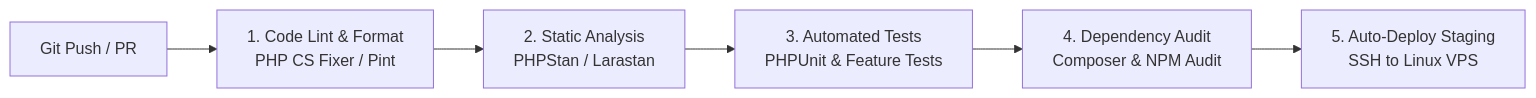
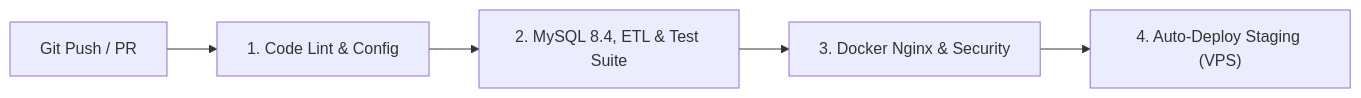
One commit to makmun01/wirausaha-Pantai changed the diagram in docs/deployment/CI_CD_DOCUMENTATION.md. Above: the diagram before and after it, drawn with Mermaid. The commit also changed other lines of this file and 70 other files, not shown here.

Commit message:
feat(rps-w02-w16): complete test suite, API v1, ETL pipeline, Nginx Docker, and Week 16 deliverables

````diff
--- a/docs/deployment/CI_CD_DOCUMENTATION.md
+++ b/docs/deployment/CI_CD_DOCUMENTATION.md
@@ -10,8 +10,7 @@
 ```mermaid
 graph LR
-    PushEvent[Git Push / PR] --> LintStage[1. Code Lint & Format<br>PHP CS Fixer / Pint]
-    LintStage --> StaticAnalysis[2. Static Analysis<br>PHPStan / Larastan]
-    StaticAnalysis --> AutoTests[3. Automated Tests<br>PHPUnit & Feature Tests]
-    AutoTests --> SecurityAudit[4. Dependency Audit<br>Composer & NPM Audit]
-    SecurityAudit --> DeployStaging[5. Auto-Deploy Staging<br>SSH to Linux VPS]
+    PushEvent["Git Push / PR"] --> LintStage["1. Code Lint & Config"]
+    LintStage --> AutoTests["2. MySQL 8.4, ETL & Test Suite"]
+    AutoTests --> SecurityAudit["3. Docker Nginx & Security"]
+    SecurityAudit --> DeployStaging["4. Auto-Deploy Staging (VPS)"]
 ```
````
